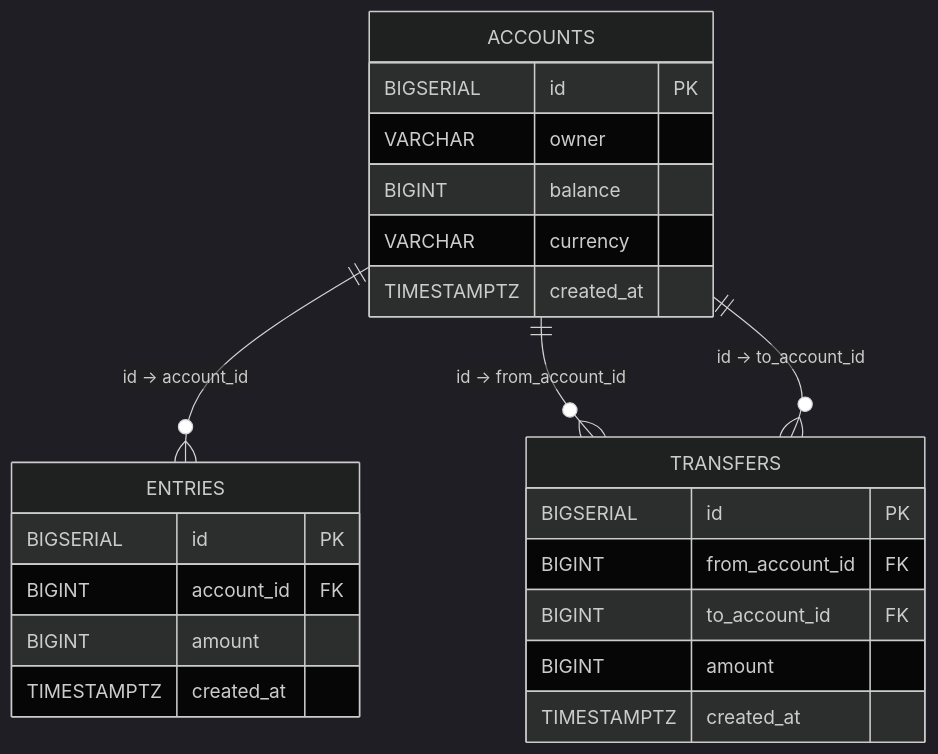
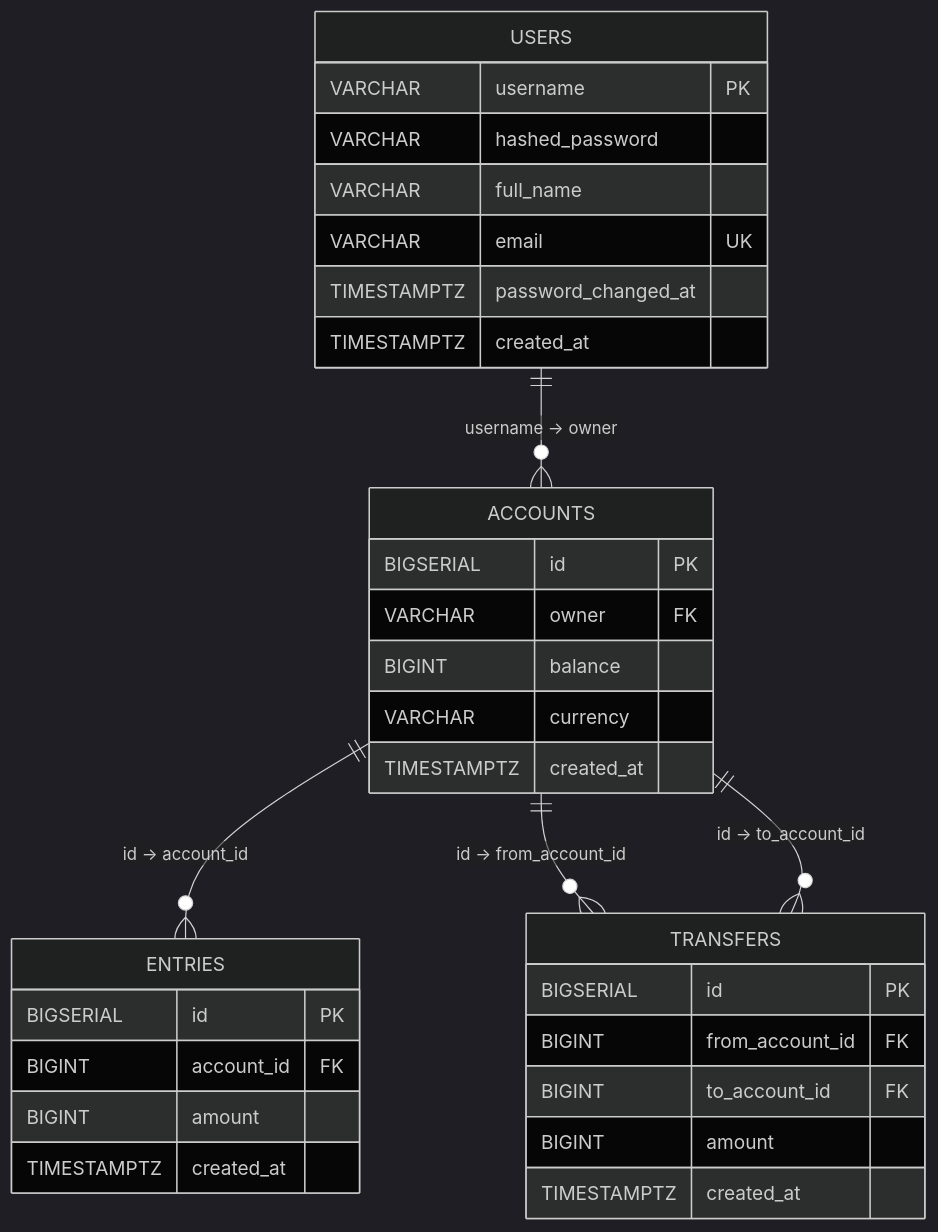
The diagram in docs/db_schema.md (WilliamOdinson/simplebank), drawn with Mermaid (dark theme) before and after one commit. The commit also changed other lines of this file, not shown here.

Commit message:
docs: add users table and update schema documentation

````diff
--- a/docs/db_schema.md
+++ b/docs/db_schema.md
@@ -17,29 +17,39 @@
 ```mermaid
 erDiagram
+  USERS ||--o{ ACCOUNTS : "username -> owner"
   ACCOUNTS ||--o{ ENTRIES : "id -> account_id"
   ACCOUNTS ||--o{ TRANSFERS : "id -> from_account_id"
   ACCOUNTS ||--o{ TRANSFERS : "id -> to_account_id"
 
+  USERS {
+    VARCHAR username PK
+    VARCHAR hashed_password
+    VARCHAR full_name
+    VARCHAR email UK
+    TIMESTAMPTZ password_changed_at
+    TIMESTAMPTZ created_at
+  }
+
   ACCOUNTS {
     BIGSERIAL id PK
-    VARCHAR owner
+    VARCHAR owner FK
     BIGINT balance
     VARCHAR currency
     TIMESTAMPTZ created_at
   }
 
   ENTRIES {
     BIGSERIAL id PK
     BIGINT account_id FK
     BIGINT amount
     TIMESTAMPTZ created_at
   }
 
   TRANSFERS {
     BIGSERIAL id PK
     BIGINT from_account_id FK
     BIGINT to_account_id FK
     BIGINT amount
     TIMESTAMPTZ created_at
   }
 ```
````
